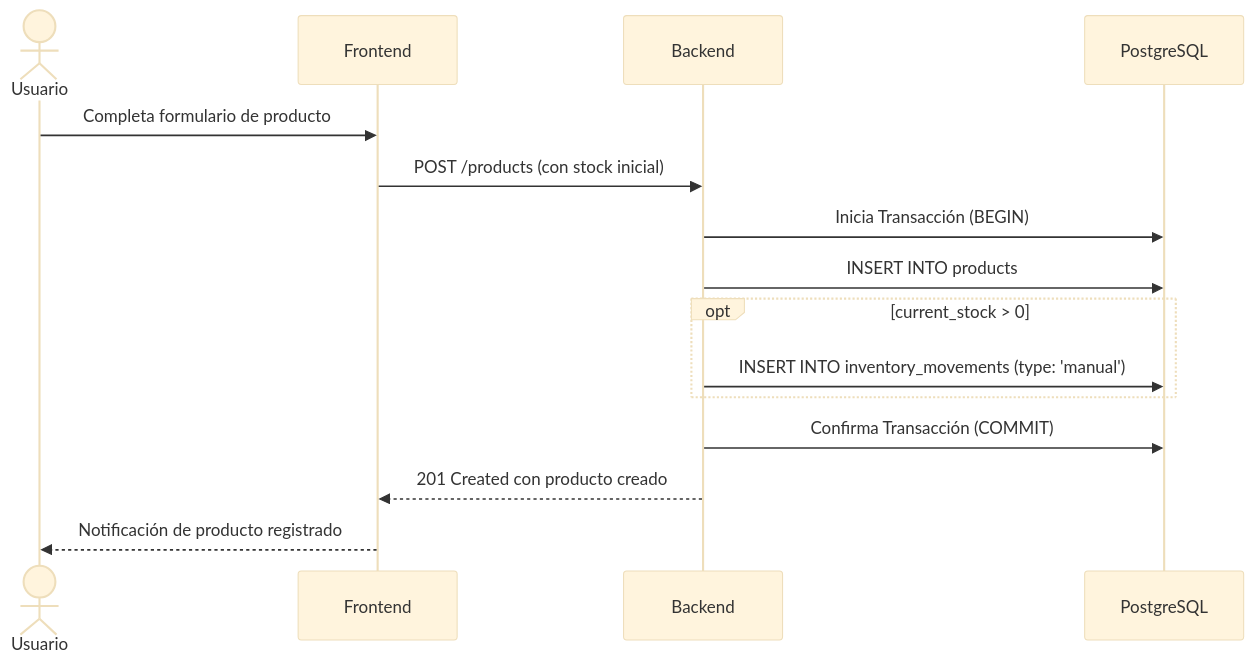
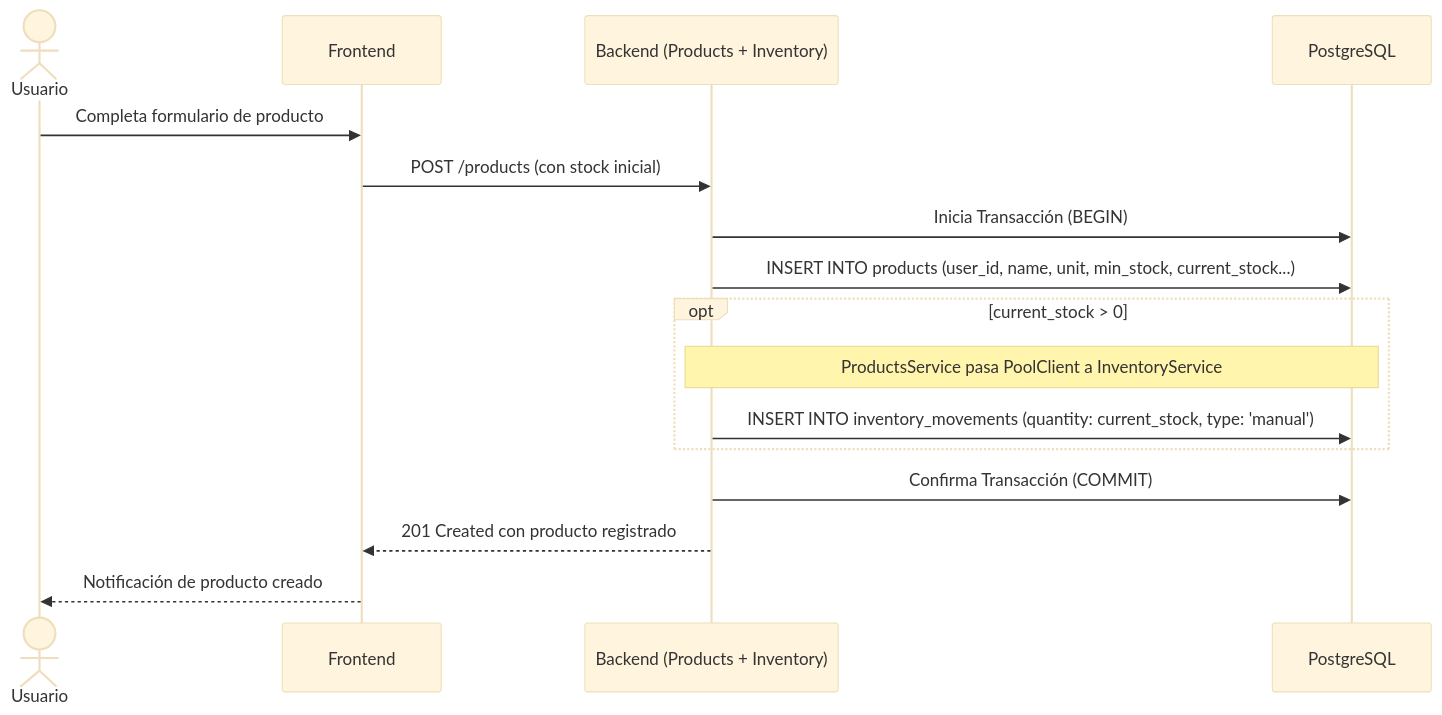
The third of 7 diagrams in docs/modulos.md (AlejandroPedrosa/Nido-SmartHome), drawn with Mermaid (base theme) before and after one commit. The commit also changed other lines of this file and 4 other files, not shown here.

````diff
--- a/docs/modulos.md
+++ b/docs/modulos.md
@@ -484,18 +504,19 @@
 ```mermaid
 sequenceDiagram
     actor U as Usuario
     participant F as Frontend
-    participant B as Backend
+    participant B as Backend (Products + Inventory)
     participant DB as PostgreSQL
 
     U->>F: Completa formulario de producto
     F->>B: POST /products (con stock inicial)
     B->>DB: Inicia Transacción (BEGIN)
-    B->>DB: INSERT INTO products
+    B->>DB: INSERT INTO products (user_id, name, unit, min_stock, current_stock...)
     opt current_stock > 0
-        B->>DB: INSERT INTO inventory_movements (type: 'manual')
+        Note over B,DB: ProductsService pasa PoolClient a InventoryService
+        B->>DB: INSERT INTO inventory_movements (quantity: current_stock, type: 'manual')
     end
     B->>DB: Confirma Transacción (COMMIT)
-    B-->>F: 201 Created con producto creado
-    F-->>U: Notificación de producto registrado
+    B-->>F: 201 Created con producto registrado
+    F-->>U: Notificación de producto creado
 ```
````
